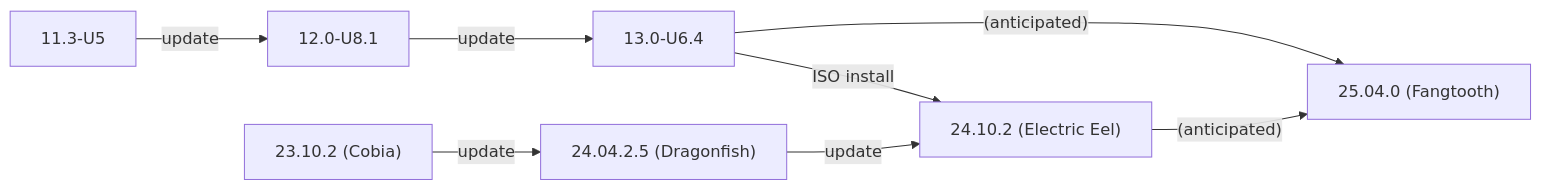
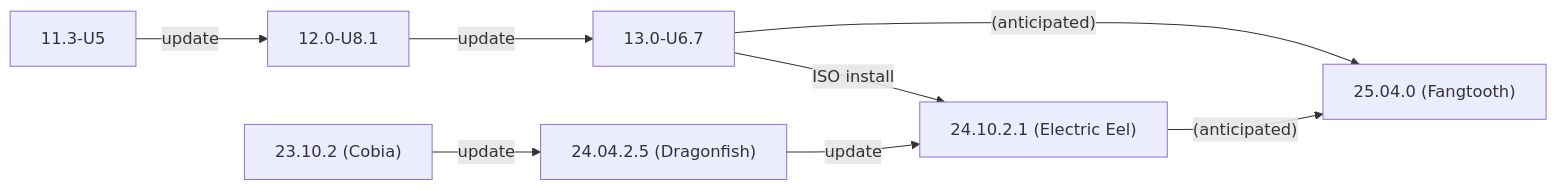
One commit to truenas/documentation changed the second of 2 diagrams in static/includes/SCALEUpgradePaths.md. Above: the diagram before and after it, drawn with Mermaid. The commit also changed other lines of this file, not shown here.

```diff
--- a/static/includes/SCALEUpgradePaths.md
+++ b/static/includes/SCALEUpgradePaths.md
@@ -87,11 +87,11 @@
           {{< mermaid class="mermaid_sizing" >}}
           flowchart LR
             A["11.3-U5"] -->|update| B
             B["12.0-U8.1"] -->|update| C
-            C["13.0-U6.4"] -->|ISO install| F
-            C["13.0-U6.4"] -->|"(anticipated)"| G
+            C["13.0-U6.7"] -->|ISO install| F
+            C["13.0-U6.7"] -->|"(anticipated)"| G
             D["23.10.2 (Cobia)"] -->|update| E
             E["24.04.2.5 (Dragonfish)"]  -->|update| F
-            F["24.10.2 (Electric Eel)"] -->|"(anticipated)"| G
+            F["24.10.2.1 (Electric Eel)"] -->|"(anticipated)"| G
             G["25.04.0 (Fangtooth)"]
           {{< /mermaid >}}
```
